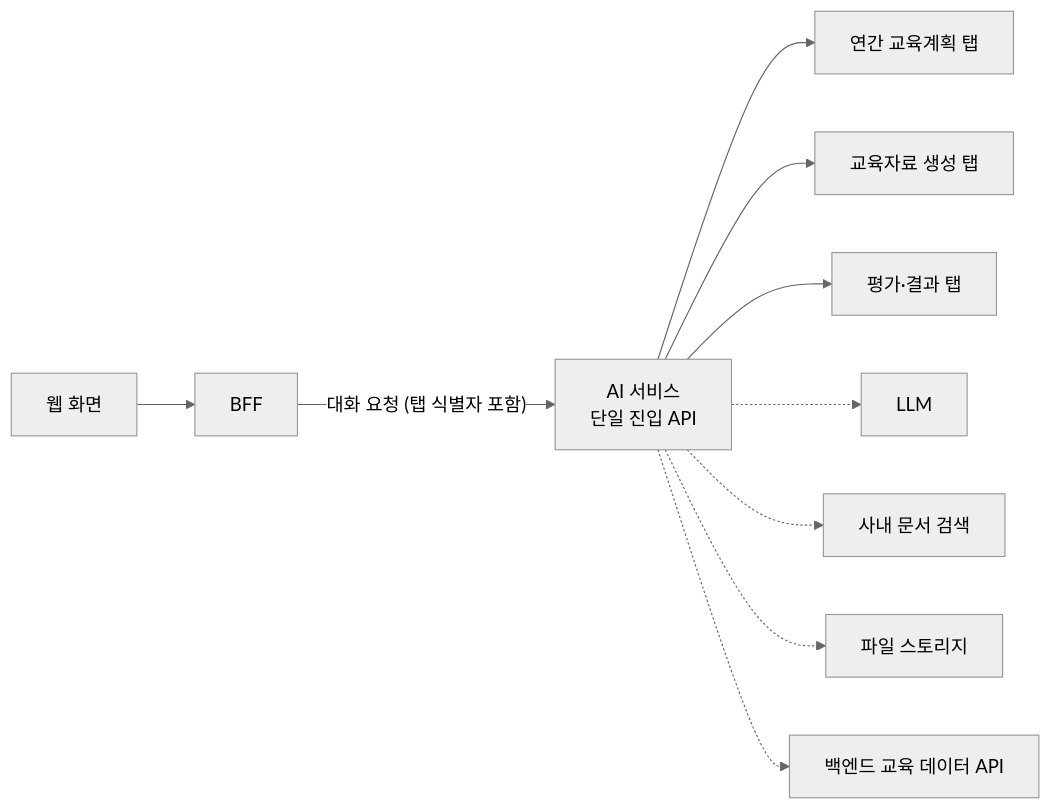
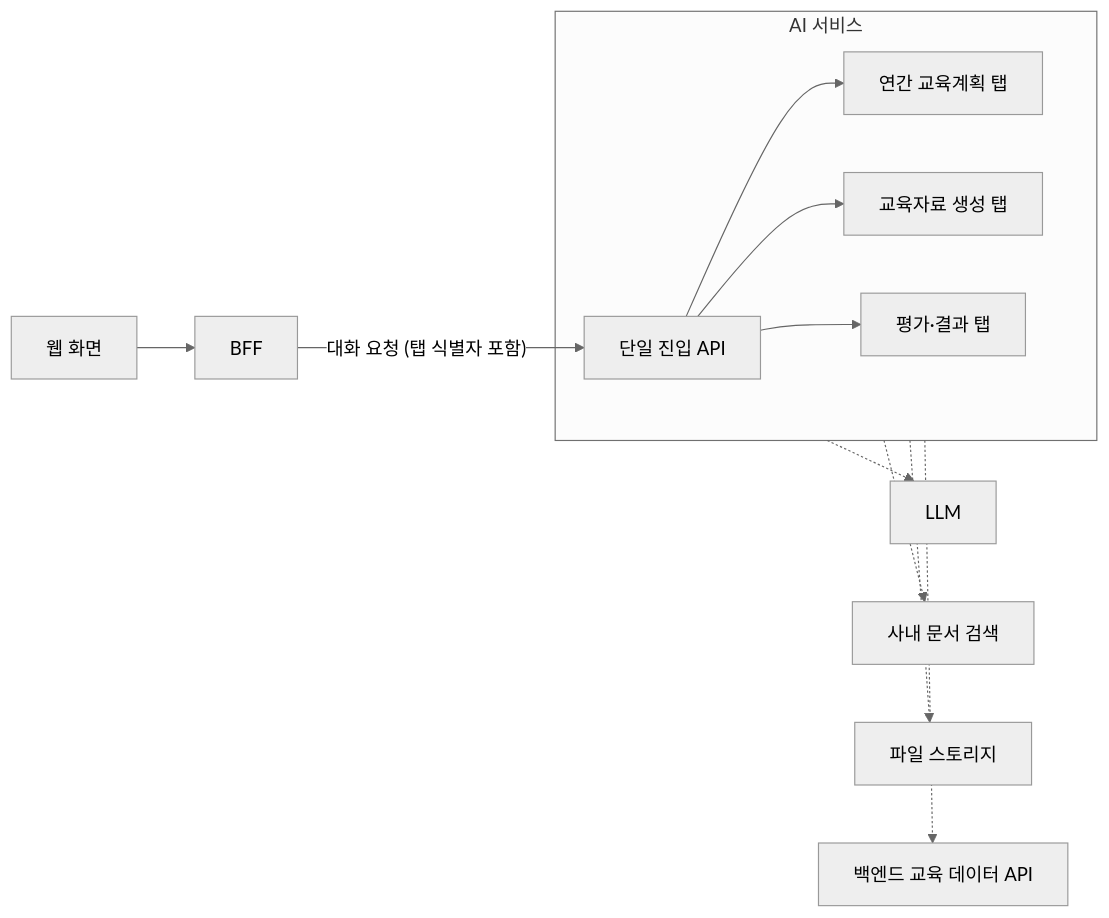
Before and after one commit to Doc-AI-Agent-development/Doc-AI-Agent-development.github.io: the diagram in docs/overview.md, drawn with Mermaid (neutral theme). The commit also changed other lines of this file and 4 other files, not shown here.

````diff
--- a/docs/overview.md
+++ b/docs/overview.md
@@ -17,12 +17,14 @@
 ```mermaid
 flowchart LR
   U["웹 화면"] --> B["BFF"]
-  B -->|"대화 요청 (탭 식별자 포함)"| A["AI 서비스<br/>단일 진입 API"]
-  A --> T1["연간 교육계획 탭"]
-  A --> T2["교육자료 생성 탭"]
-  A --> T3["평가·결과 탭"]
-  A -.-> L["LLM"]
-  A -.-> S["사내 문서 검색"]
-  A -.-> F["파일 스토리지"]
-  A -.-> D["백엔드 교육 데이터 API"]
+  B -->|"대화 요청 (탭 식별자 포함)"| A["단일 진입 API"]
+  subgraph SVC["AI 서비스"]
+    A --> T1["연간 교육계획 탭"]
+    A --> T2["교육자료 생성 탭"]
+    A --> T3["평가·결과 탭"]
+  end
+  SVC -.-> L["LLM"]
+  SVC -.-> S["사내 문서 검색"]
+  SVC -.-> F["파일 스토리지"]
+  SVC -.-> D["백엔드 교육 데이터 API"]
 ```
````
